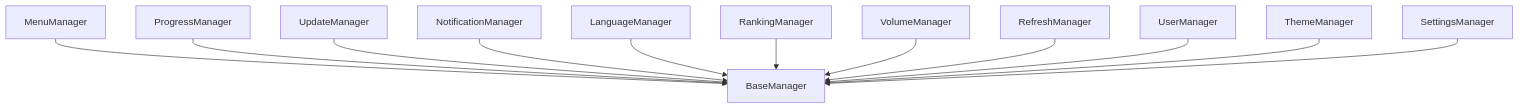
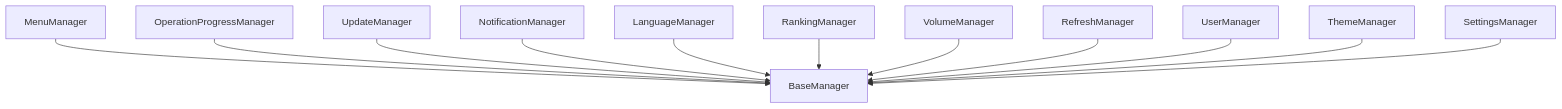
Before and after one commit to twilk/Kamila: the second of 4 diagrams in docs/imports.md, drawn with Mermaid. The commit also changed other lines of this file and 278 other files, not shown here.

````diff
--- a/docs/imports.md
+++ b/docs/imports.md
@@ -73,14 +77,14 @@
 ```mermaid
 graph TD
     MenuManager --> BaseManager
-    ProgressManager --> BaseManager
+    OperationProgressManager --> BaseManager
     UpdateManager --> BaseManager
     NotificationManager --> BaseManager
     LanguageManager --> BaseManager
     RankingManager --> BaseManager
     VolumeManager --> BaseManager
     RefreshManager --> BaseManager
     UserManager --> BaseManager
     ThemeManager --> BaseManager
     SettingsManager --> BaseManager
 ```
````
